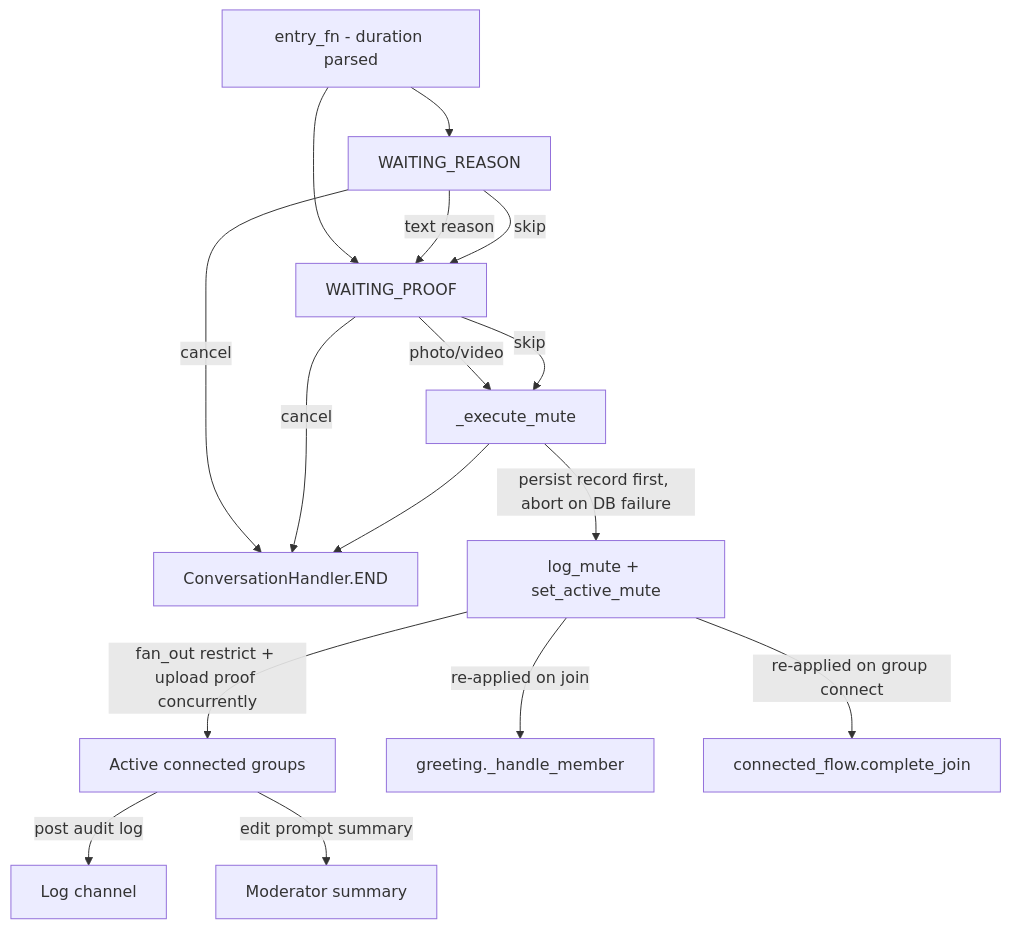
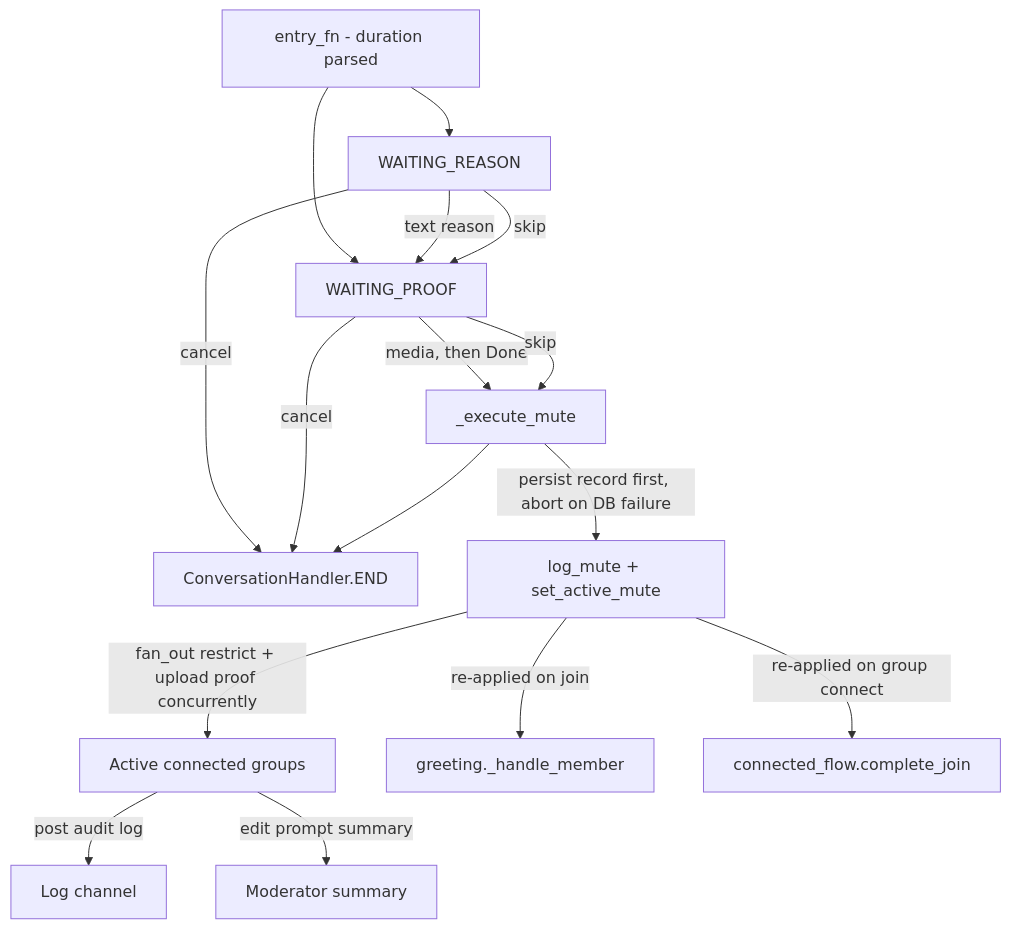
One commit to D1ZZY4/tcbot changed the third of 4 diagrams in docs/architecture/workflows.md. Above: the diagram before and after it, drawn with Mermaid. The commit also changed other lines of this file and 16 other files, not shown here.

````diff
--- a/docs/architecture/workflows.md
+++ b/docs/architecture/workflows.md
@@ -145,18 +144,18 @@
 ```mermaid
 flowchart TD
     Entry[entry_fn - duration parsed] --> Reason[WAITING_REASON]
     Entry --> Proof[WAITING_PROOF]
     Reason -->|text reason| Proof
     Reason -->|skip| Proof
     Reason -->|cancel| End[ConversationHandler.END]
-    Proof -->|photo/video| Exec[_execute_mute]
+    Proof -->|media, then Done| Exec[_execute_mute]
     Proof -->|skip| Exec
     Proof -->|cancel| End
     Exec -->|persist record first, abort on DB failure| Stored[log_mute + set_active_mute]
     Stored -->|fan_out restrict + upload proof concurrently| Groups[Active connected groups]
     Groups -->|post audit log| LogChat[Log channel]
     Groups -->|edit prompt summary| Summary[Moderator summary]
     Stored -->|re-applied on join| Join[greeting._handle_member]
     Stored -->|re-applied on group connect| Connect[connected_flow.complete_join]
     Exec --> End
 ```
````
